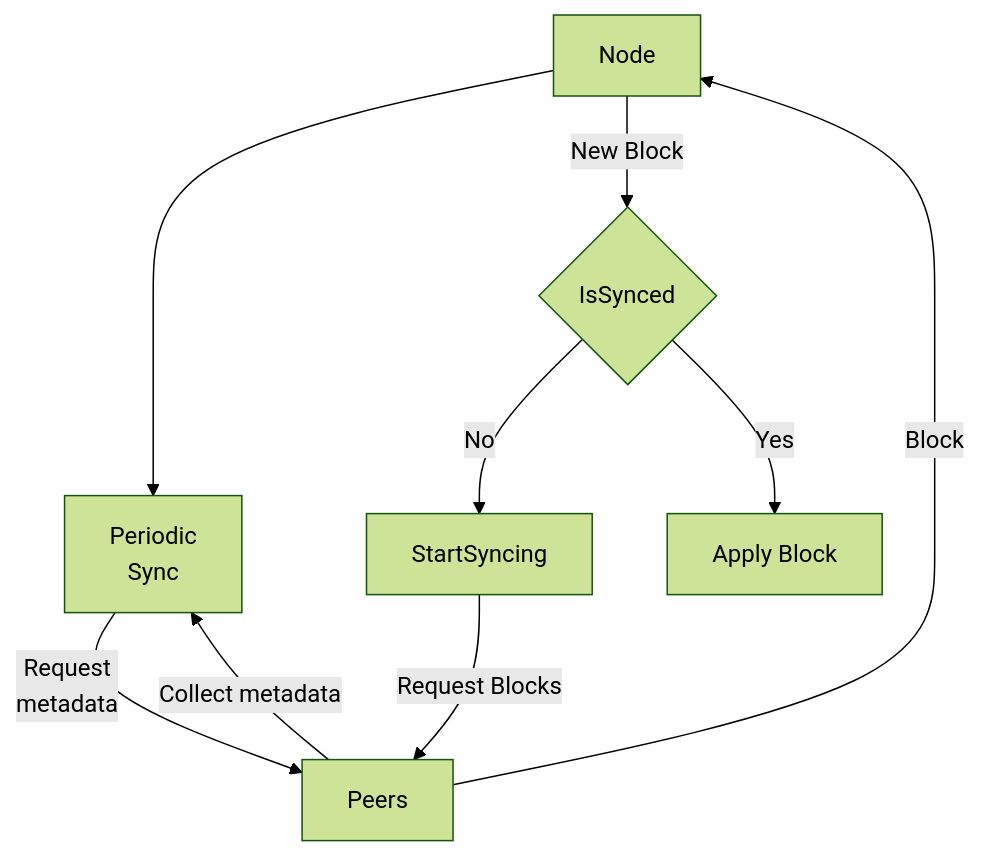
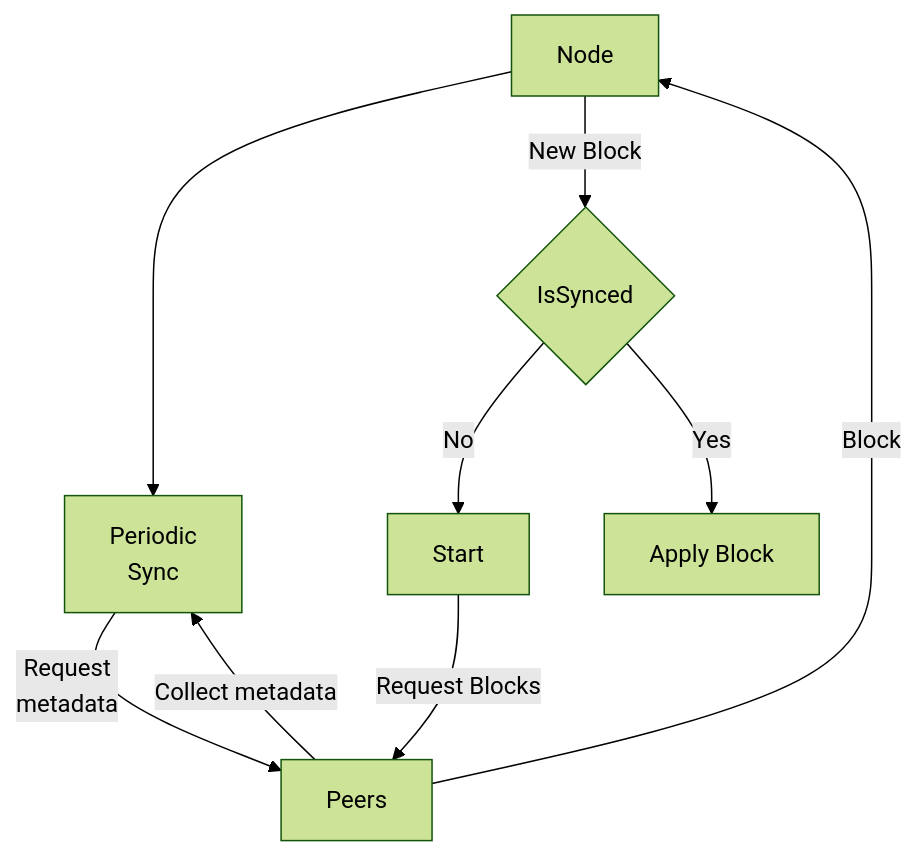
Before and after one commit to pokt-network/pocket: the second of 5 diagrams in consensus/doc/PROTOCOL_STATE_SYNC.md, drawn with Mermaid (forest theme). The commit also changed other lines of this file and 8 other files, not shown here.

````diff
--- a/consensus/doc/PROTOCOL_STATE_SYNC.md
+++ b/consensus/doc/PROTOCOL_STATE_SYNC.md
@@ -111,20 +111,20 @@
 ```mermaid
 flowchart TD
     %% start
     A[Node] --> B[Periodic <br> Sync]
     A[Node] --> |New Block| C{IsSynced}
 
     %% periodic sync
     B --> |Request <br> metadata| D[Peers]
     D[Peers] --> |Collect metadata| B[Periodic <br> Sync]
 
 
     %% is node synched
-    C -->  |No| E[StartSyncing]
+    C -->  |No| E[Start]
     C -->  |Yes| F[Apply Block]
 
     %% syncing
     E --> |Request Blocks| D[Peers]
     D[Peers] --> |Block| A[Node]
 
 ```
````
